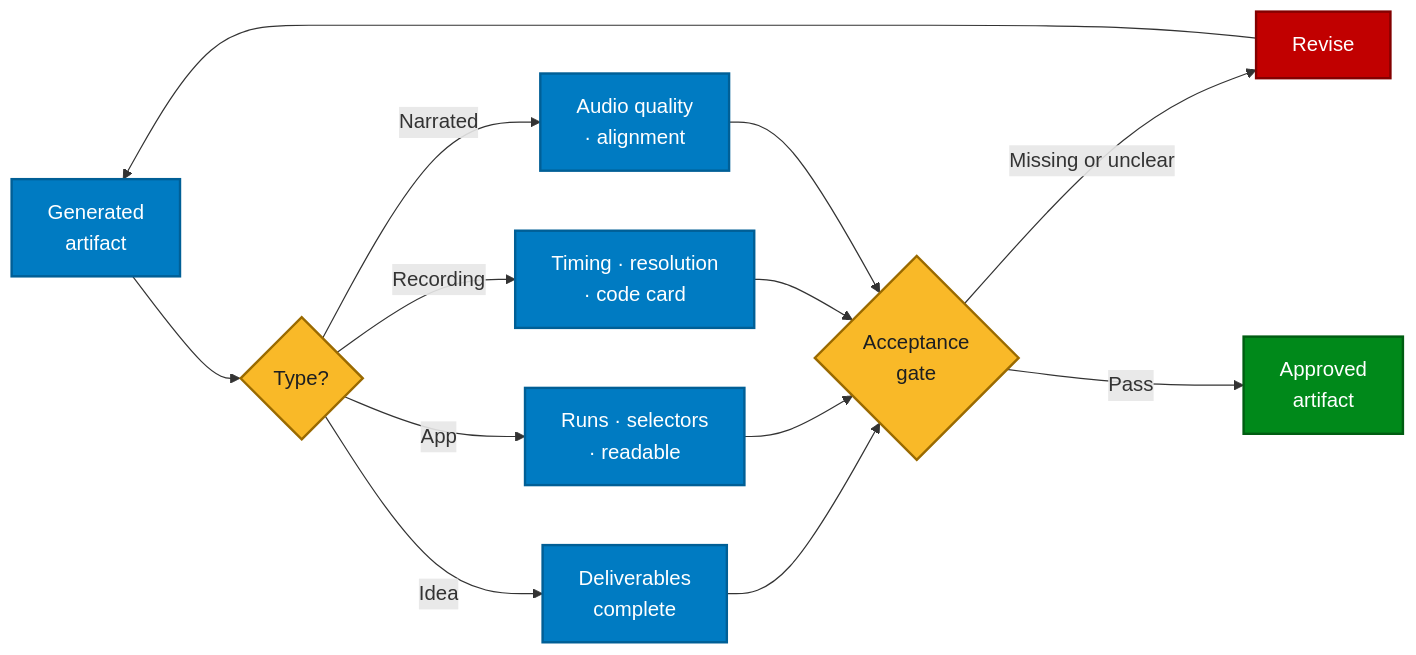
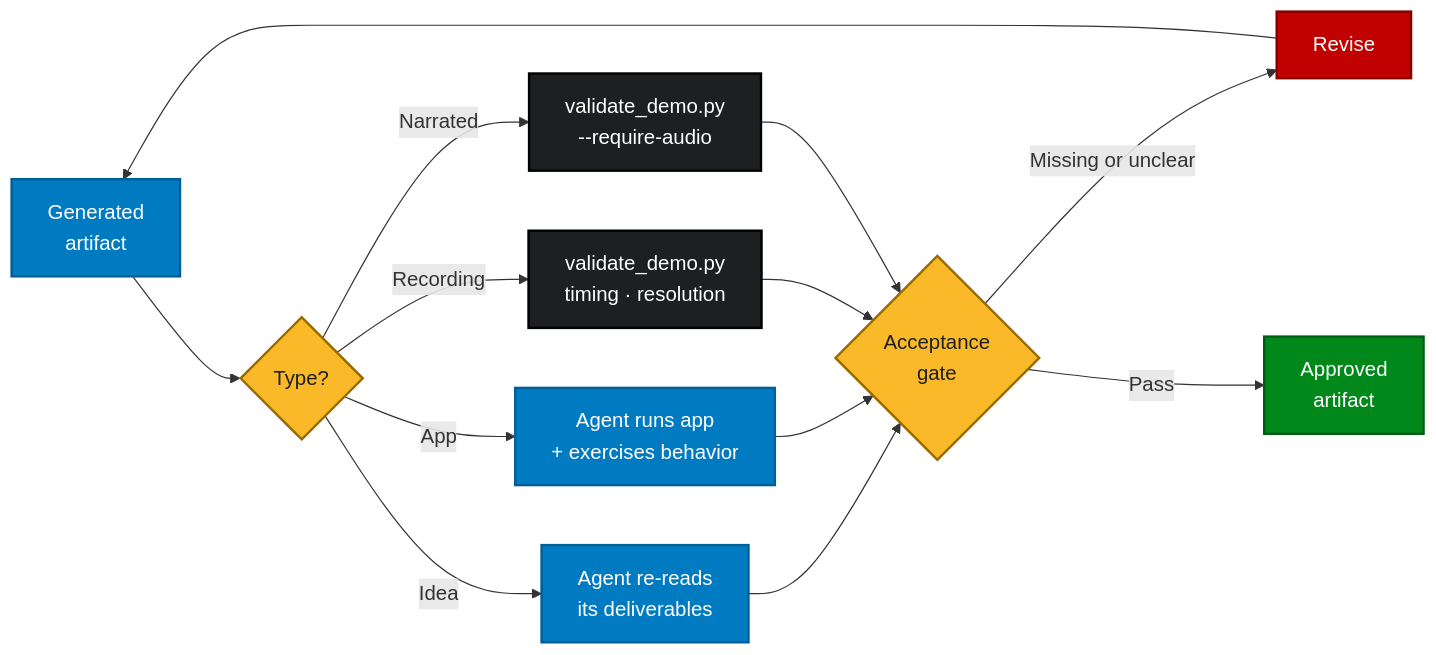
Before and after one commit to karangattu/shiny-component-shorts: the fourth of 4 diagrams in presentation/loop-engineering.qmd, drawn with Mermaid. The commit also changed other lines of this file and 4 other files, not shown here.

Commit message:
add legend to mermaid diagrams

````diff
--- a/presentation/loop-engineering.qmd
+++ b/presentation/loop-engineering.qmd
@@ -913,25 +926,27 @@
 ```{mermaid}
 %%{init: {"themeVariables": {"fontFamily": "system-ui, -apple-system, sans-serif", "fontSize": "17px"}}}%%
 flowchart LR
     A["Generated<br/>artifact"] --> B{"Type?"}
-    B -- "Idea" --> C["Deliverables<br/>complete"]
-    B -- "App" --> D["Runs · selectors<br/>· readable"]
-    B -- "Recording" --> E["Timing · resolution<br/>· code card"]
-    B -- "Narrated" --> F["Audio quality<br/>· alignment"]
+    B -- "Idea" --> C["Agent re-reads<br/>its deliverables"]
+    B -- "App" --> D["Agent runs app<br/>+ exercises behavior"]
+    B -- "Recording" --> E["validate_demo.py<br/>timing · resolution"]
+    B -- "Narrated" --> F["validate_demo.py<br/>--require-audio"]
     C --> G{"Acceptance<br/>gate"}
     D --> G
     E --> G
     F --> G
     G -- "Missing or unclear" --> H["Revise"]
     H --> A
     G -- "Pass" --> I["Approved<br/>artifact"]
 
-    classDef step fill:#007BC2,color:#FFFFFF,stroke:#005F96,stroke-width:2px;
+    classDef agent fill:#007BC2,color:#FFFFFF,stroke:#005F96,stroke-width:2px;
+    classDef script fill:#1D1F21,color:#FFFFFF,stroke:#000000,stroke-width:2px;
     classDef gate fill:#F9B928,color:#1D1F21,stroke:#9A6A00,stroke-width:2px;
     classDef bad fill:#C10000,color:#FFFFFF,stroke:#830000,stroke-width:2px;
     classDef good fill:#00891A,color:#FFFFFF,stroke:#005D12,stroke-width:2px;
-    class A,C,D,E,F step;
+    class A,C,D agent;
+    class E,F script;
     class B,G gate;
     class H bad;
     class I good;
 ```
````
